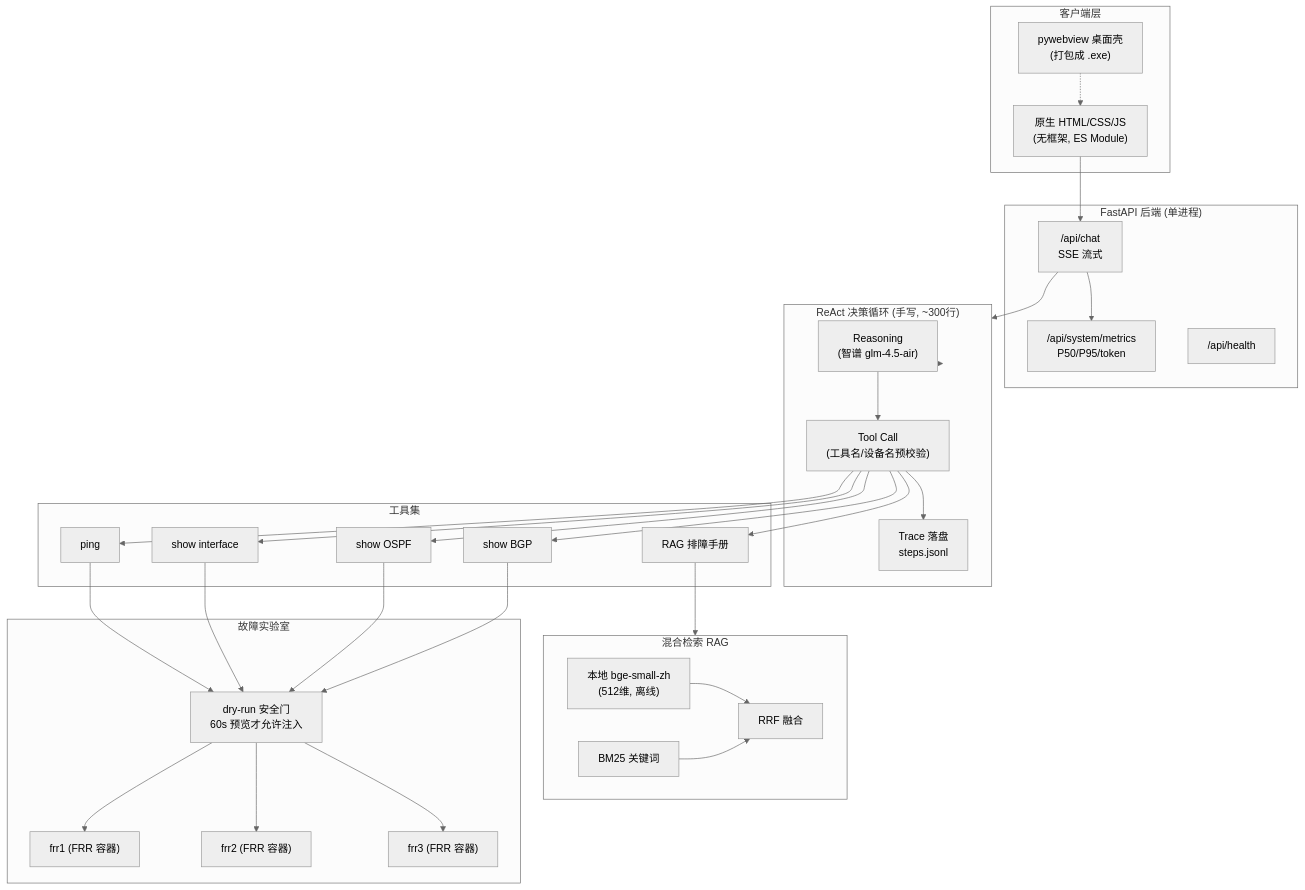
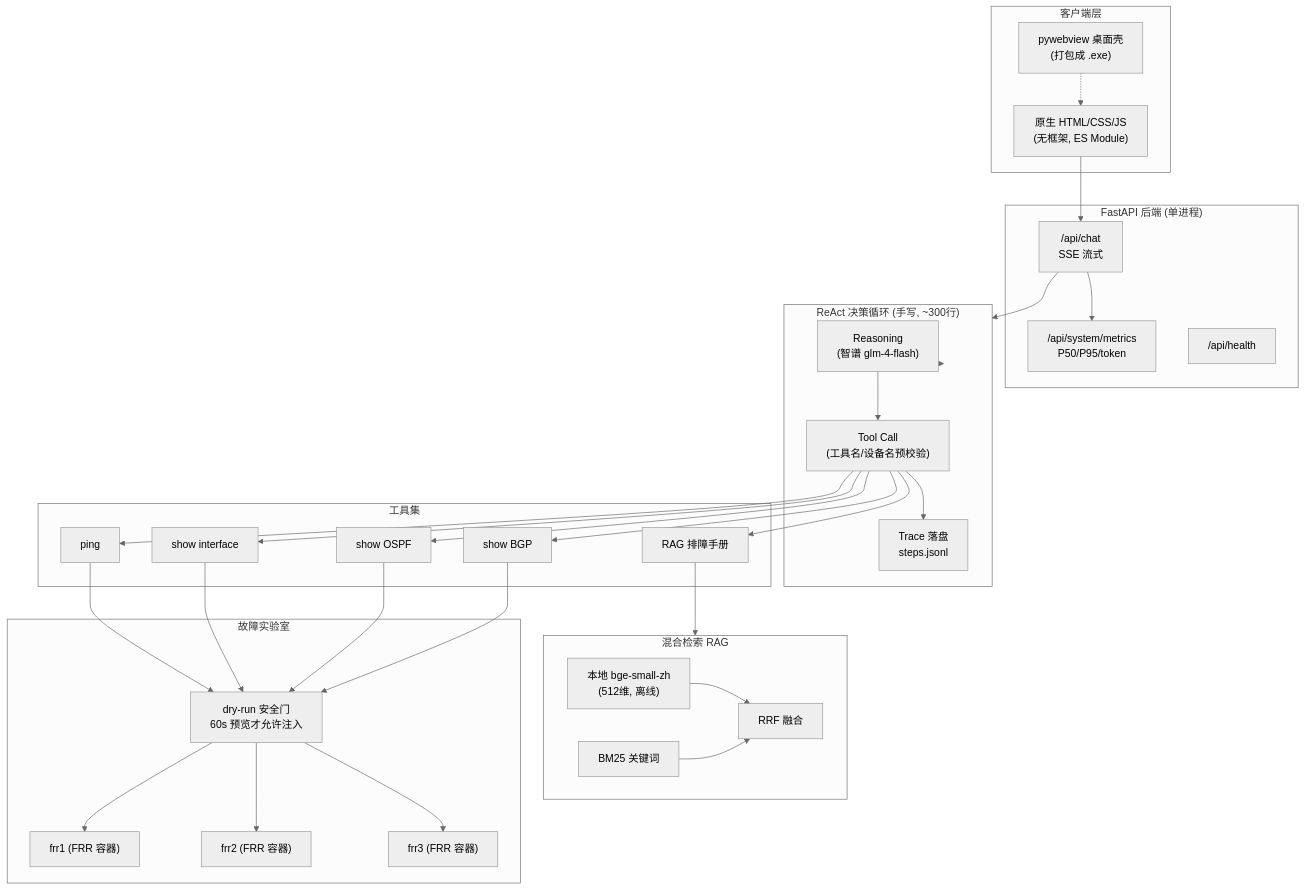
The diagram in README.md (LJY20030728/netops-ai-assistant), drawn with Mermaid (neutral theme) before and after one commit. The commit also changed other lines of this file and 3 other files, not shown here.

````diff
--- a/README.md
+++ b/README.md
@@ -123,54 +123,54 @@
 ```mermaid
 flowchart TB
     subgraph Client["客户端层"]
         UI["原生 HTML/CSS/JS<br/>(无框架, ES Module)"]
         Desktop["pywebview 桌面壳<br/>(打包成 .exe)"]
     end
 
     subgraph API["FastAPI 后端 (单进程)"]
         Chat["/api/chat<br/>SSE 流式"]
         Metrics["/api/system/metrics<br/>P50/P95/token"]
         Health["/api/health"]
     end
 
     subgraph Agent["ReAct 决策循环 (手写, ~300行)"]
-        Reason["Reasoning<br/>(智谱 glm-4.5-air)"]
+        Reason["Reasoning<br/>(智谱 glm-4-flash)"]
         Tool["Tool Call<br/>(工具名/设备名预校验)"]
         Trace["Trace 落盘<br/>steps.jsonl"]
     end
 
     subgraph Tools["工具集"]
         Ping["ping"]
         Iface["show interface"]
         OSPF["show OSPF"]
         BGP["show BGP"]
         RAGTool["RAG 排障手册"]
     end
 
     subgraph RAG["混合检索 RAG"]
         Emb["本地 bge-small-zh<br/>(512维, 离线)"]
         BM25["BM25 关键词"]
         Merge["RRF 融合"]
     end
 
     subgraph Lab["故障实验室"]
         Gate["dry-run 安全门<br/>60s 预览才允许注入"]
         Frr1["frr1 (FRR 容器)"]
         Frr2["frr2 (FRR 容器)"]
         Frr3["frr3 (FRR 容器)"]
     end
 
     UI --> Chat
     Desktop -.-> UI
     Chat --> Agent
     Agent --> Reason
     Reason --> Tool
     Tool --> Ping & Iface & OSPF & BGP & RAGTool
     RAGTool --> RAG
     Emb --> Merge
     BM25 --> Merge
     Tool --> Trace
     Ping & Iface & OSPF & BGP --> Gate
     Gate --> Frr1 & Frr2 & Frr3
     Chat --> Metrics
 ```
````
